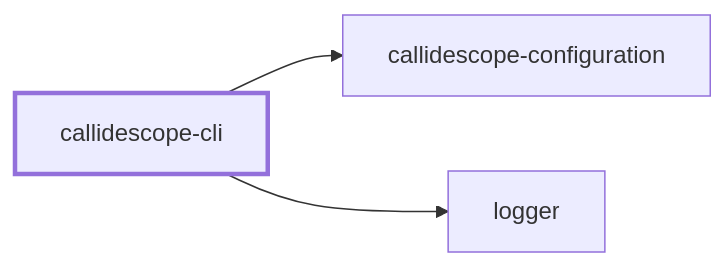
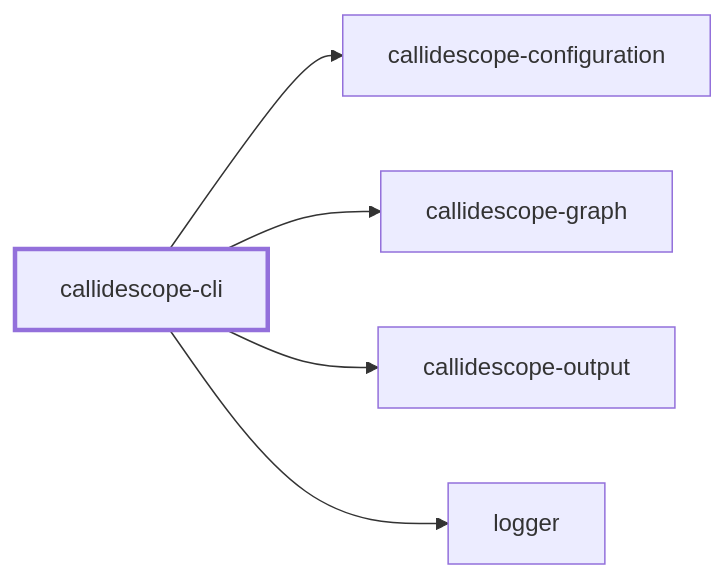
The first of 2 diagrams in packages/callidescope-cli/README.md (JimmyPaolini/codebase), drawn with Mermaid before and after one commit. The commit also changed other lines of this file and 143 other files, not shown here.

Commit message:
refactor(callidescope): ♻️ split callidescope-cli into graph and output packages

````diff
--- a/packages/callidescope-cli/README.md
+++ b/packages/callidescope-cli/README.md
@@ -298,10 +298,14 @@
 ```mermaid
 flowchart LR
   callidescope_cli["callidescope-cli"]
   callidescope_configuration["callidescope-configuration"]
+  callidescope_graph["callidescope-graph"]
+  callidescope_output["callidescope-output"]
   logger["logger"]
   callidescope_cli --> callidescope_configuration
+  callidescope_cli --> callidescope_graph
+  callidescope_cli --> callidescope_output
   callidescope_cli --> logger
   classDef subject stroke-width:3px
   class callidescope_cli subject
 ```
````
